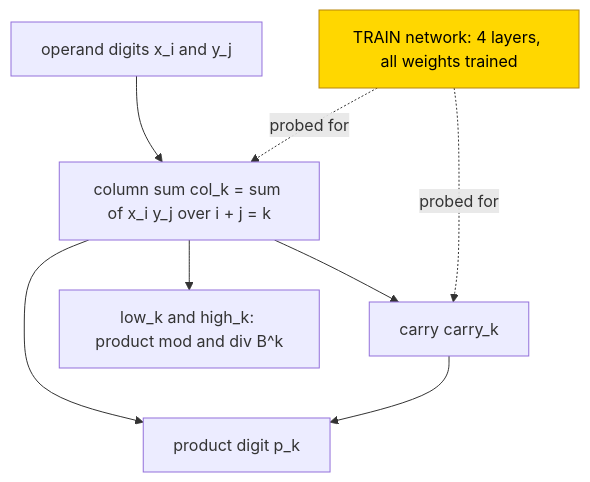
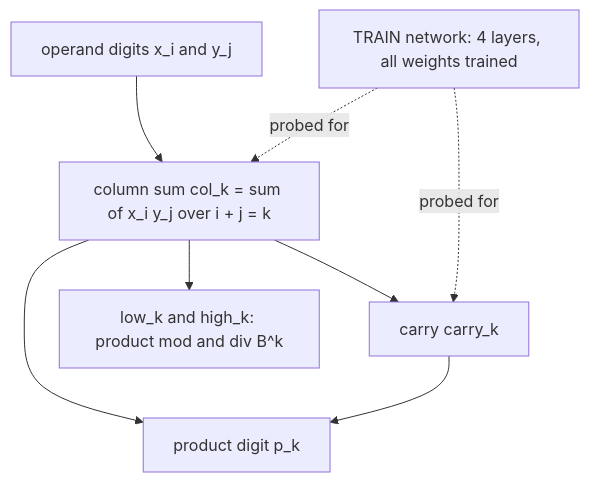
The first of 2 diagrams in entries/multiplication-base-order.md (jc1122/mechanistic-interpretability-circuit-atlas), drawn with Mermaid before and after one commit. The commit also changed other lines of this file and 54 other files, not shown here.

````diff
--- a/entries/multiplication-base-order.md
+++ b/entries/multiplication-base-order.md
@@ -85,12 +79,10 @@
 ```mermaid
 flowchart TD
     X["operand digits x_i and y_j"] --> C["column sum col_k = sum of x_i y_j over i + j = k"]
     C --> K["carry carry_k"]
     C --> P["product digit p_k"]
     K --> P
     C --> LH["low_k and high_k: product mod and div B^k"]
     N["TRAIN network: 4 layers, all weights trained"] -.->|"probed for"| C
     N -.->|"probed for"| K
-    classDef trained fill:gold,stroke:darkgoldenrod,color:black
-    class N trained
 ```
````
